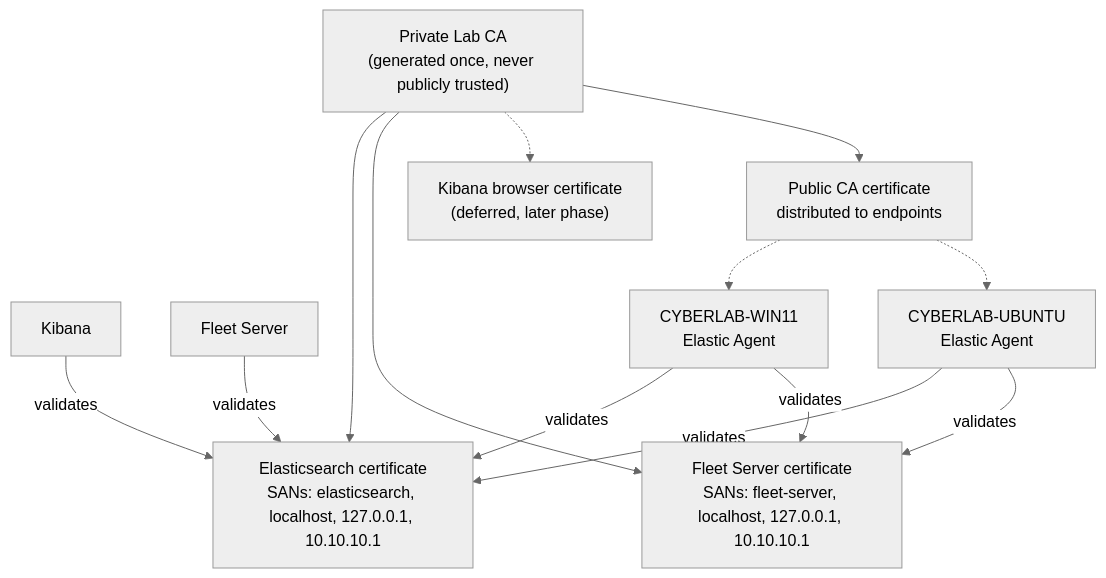
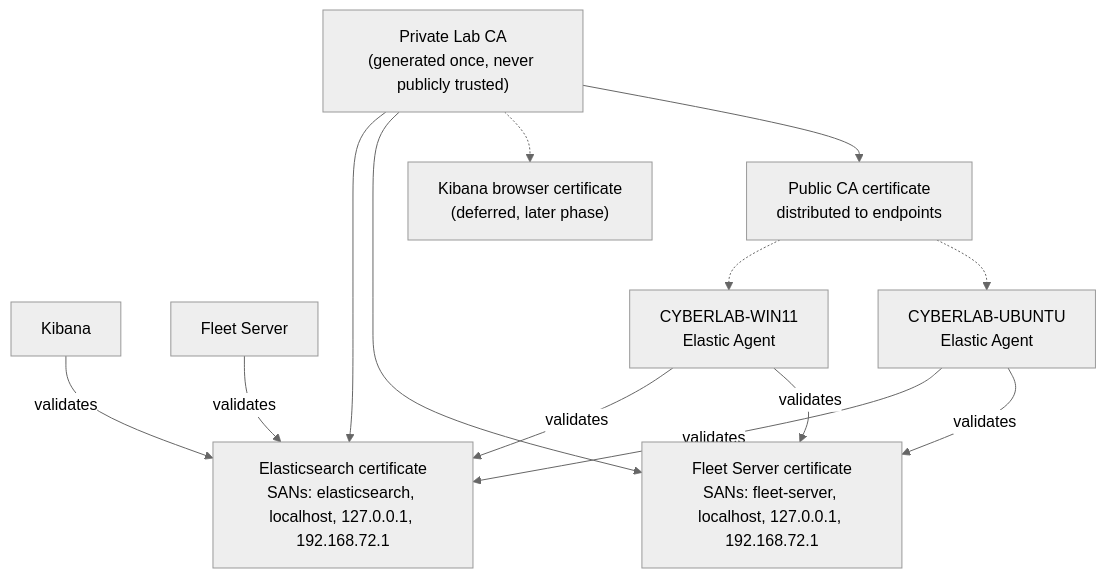
One commit to K1DB00/home-siem changed the fifth of 5 diagrams in docs/architecture/06-security-architecture.md. Above: the diagram before and after it, drawn with Mermaid (neutral theme). The commit also changed other lines of this file and 6 other files, not shown here.

Commit message:
Update architecture after Windows implementation

````diff
--- a/docs/architecture/06-security-architecture.md
+++ b/docs/architecture/06-security-architecture.md
@@ -236,24 +236,24 @@
 ```mermaid
 flowchart TB
     CA["Private Lab CA\n(generated once, never publicly trusted)"]
 
-    ESCERT["Elasticsearch certificate\nSANs: elasticsearch, localhost, 127.0.0.1, 10.10.10.1"]
-    FSCERT["Fleet Server certificate\nSANs: fleet-server, localhost, 127.0.0.1, 10.10.10.1"]
+    ESCERT["Elasticsearch certificate\nSANs: elasticsearch, localhost, 127.0.0.1, 192.168.72.1"]
+    FSCERT["Fleet Server certificate\nSANs: fleet-server, localhost, 127.0.0.1, 192.168.72.1"]
     KBCERT["Kibana browser certificate\n(deferred, later phase)"]
 
     CA --> ESCERT
     CA --> FSCERT
     CA -.-> KBCERT
 
     KB["Kibana"] -- "validates" --> ESCERT
     FS["Fleet Server"] -- "validates" --> ESCERT
     WINAGENT["CYBERLAB-WIN11\nElastic Agent"] -- "validates" --> ESCERT
     UBAGENT["CYBERLAB-UBUNTU\nElastic Agent"] -- "validates" --> ESCERT
     WINAGENT -- "validates" --> FSCERT
     UBAGENT -- "validates" --> FSCERT
 
     CAPUB["Public CA certificate\ndistributed to endpoints"]
     CA --> CAPUB
     CAPUB -.-> WINAGENT
     CAPUB -.-> UBAGENT
 ```
````
